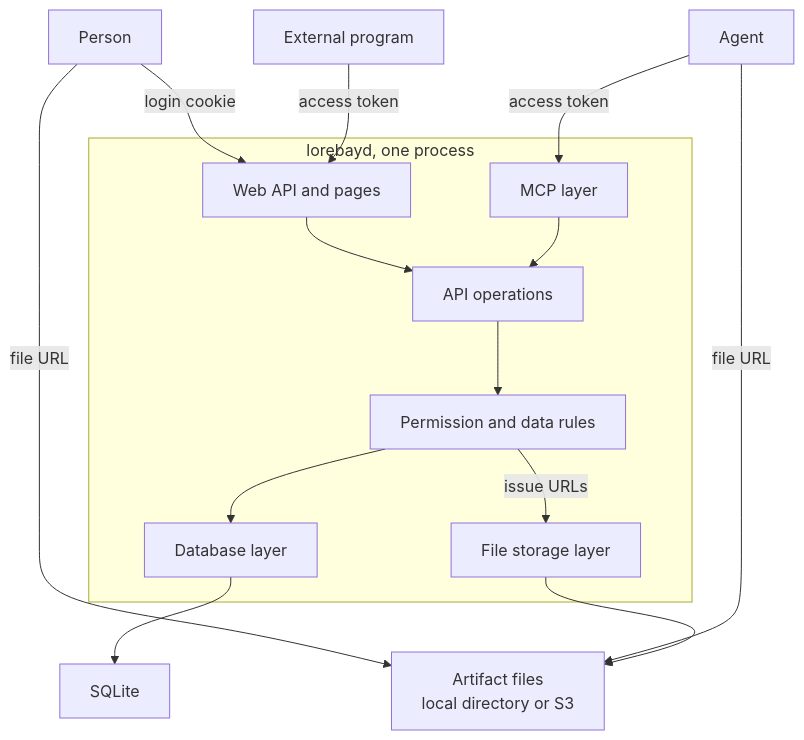
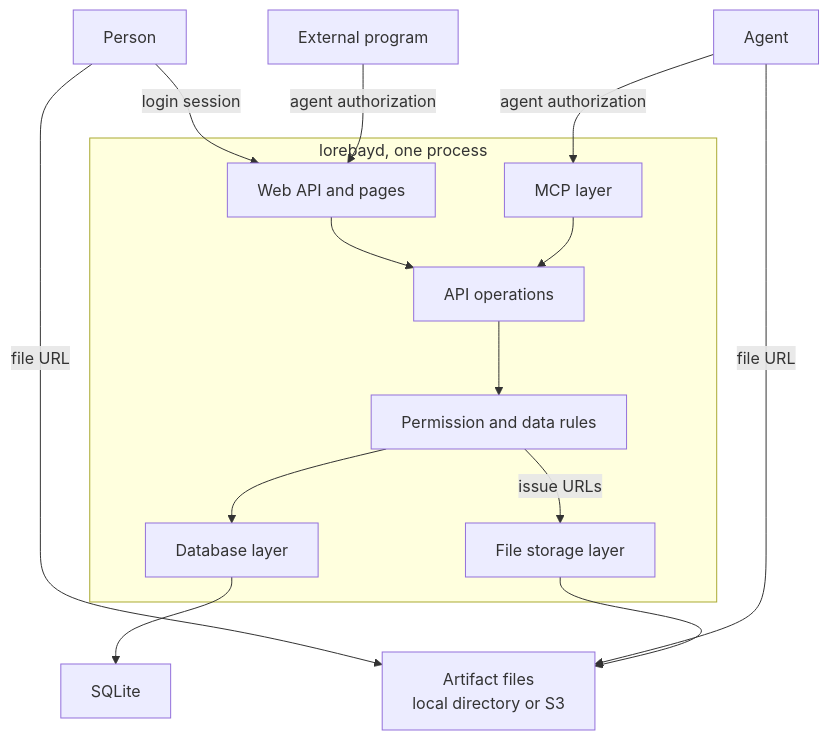
Before and after one commit to lorebayai/lorebay: the diagram in docs/architecture/system.md, drawn with Mermaid. The commit also changed other lines of this file and 14 other files, not shown here.

````diff
--- a/docs/architecture/system.md
+++ b/docs/architecture/system.md
@@ -29,28 +29,28 @@
 ```mermaid
 flowchart TD
     human["Person"]
     program["External program"]
     agent["Agent"]
     subgraph lorebayd["lorebayd, one process"]
         web["Web API and pages"]
         mcp["MCP layer"]
         ops["API operations"]
         rules["Permission and data rules"]
         db["Database layer"]
         fs["File storage layer"]
     end
     sqlite["SQLite"]
     store["Artifact files<br/>local directory or S3"]
-    human -- "login cookie" --> web
-    program -- "access token" --> web
-    agent -- "access token" --> mcp
+    human -- "login session" --> web
+    program -- "agent authorization" --> web
+    agent -- "agent authorization" --> mcp
     human -- "file URL" --> store
     agent -- "file URL" --> store
     web --> ops
     mcp --> ops
     ops --> rules
     rules --> db
     rules -- "issue URLs" --> fs
     db --> sqlite
     fs --> store
 ```
````
